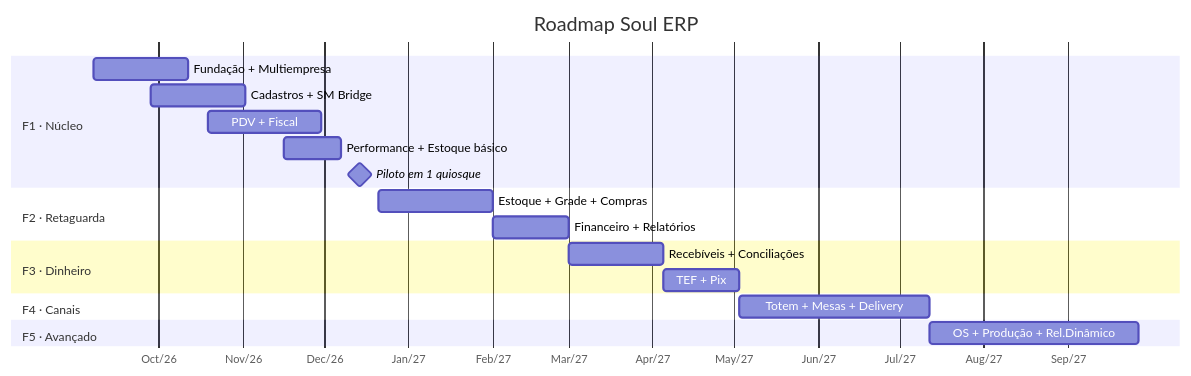
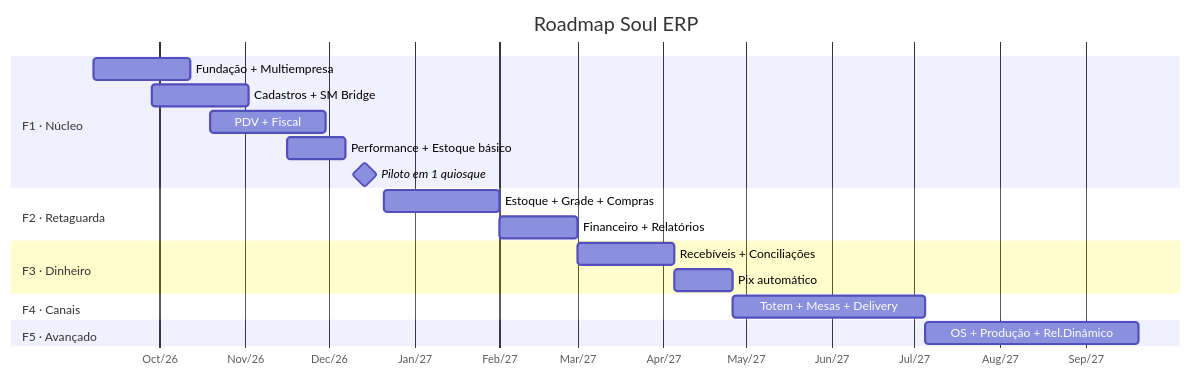
Before and after one commit to willopes2025/clever-qr-share: the diagram in docs/erp/08-ROADMAP.md, drawn with Mermaid. The commit also changed other lines of this file and 13 other files, not shown here.

````diff
--- a/docs/erp/08-ROADMAP.md
+++ b/docs/erp/08-ROADMAP.md
@@ -45,22 +45,22 @@
 ```mermaid
 gantt
     title Roadmap Soul ERP
     dateFormat YYYY-MM-DD
     axisFormat %b/%y
     section F1 · Núcleo
     Fundação + Multiempresa      :f11, 2026-09-07, 35d
     Cadastros + SM Bridge        :f12, 2026-09-28, 35d
     PDV + Fiscal                 :f13, 2026-10-19, 42d
     Performance + Estoque básico :f14, 2026-11-16, 21d
     Piloto em 1 quiosque         :milestone, f15, 2026-12-07, 14d
     section F2 · Retaguarda
     Estoque + Grade + Compras    :f21, 2026-12-21, 42d
     Financeiro + Relatórios      :f22, after f21, 28d
     section F3 · Dinheiro
     Recebíveis + Conciliações    :f31, after f22, 35d
-    TEF + Pix                    :f32, after f31, 28d
+    Pix automático               :f32, after f31, 21d
     section F4 · Canais
     Totem + Mesas + Delivery     :f41, after f32, 70d
     section F5 · Avançado
     OS + Produção + Rel.Dinâmico :f51, after f41, 77d
 ```
````
